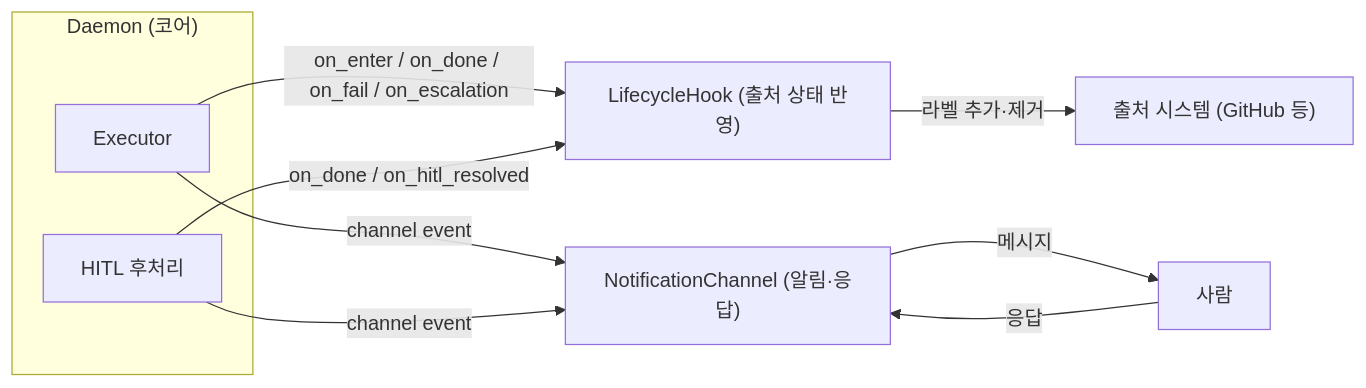
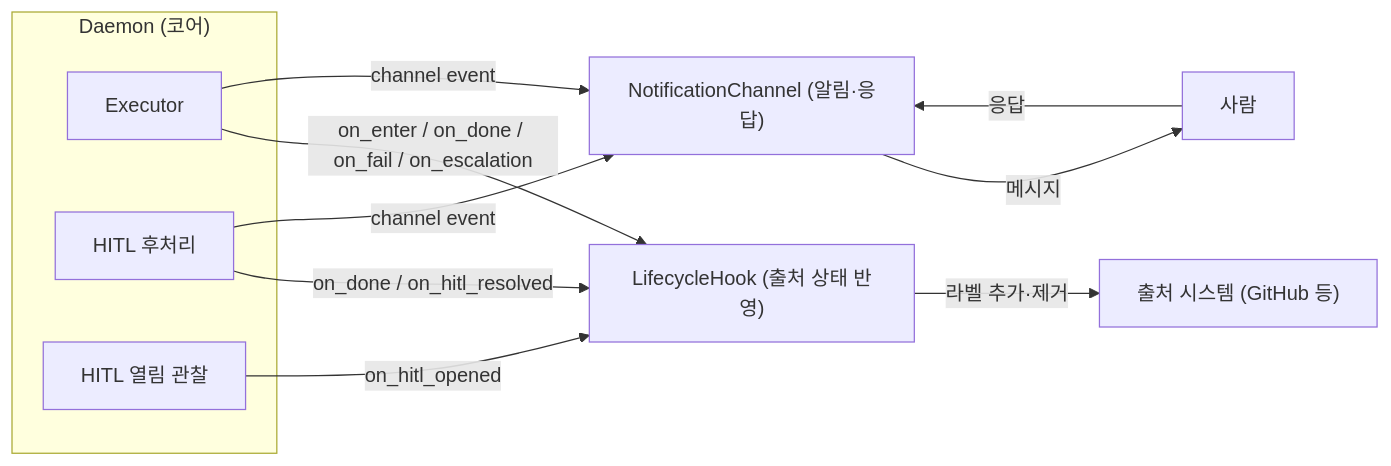
One commit to kys0213/belt changed the first of 7 diagrams in spec/concerns/lifecycle-hook.md. Above: the diagram before and after it, drawn with Mermaid. The commit also changed other lines of this file and 1 other file, not shown here.

First line of the commit message:
docs(spec): add on_hitl_opened and align hook and channel contracts

````diff
--- a/spec/concerns/lifecycle-hook.md
+++ b/spec/concerns/lifecycle-hook.md
@@ -39,19 +20,21 @@
 ```mermaid
 flowchart LR
     subgraph Core["Daemon (코어)"]
         EX[Executor]
         PP["HITL 후처리"]
+        OB["HITL 열림 관찰"]
     end
     HK["LifecycleHook (출처 상태 반영)"]
     CH["NotificationChannel (알림·응답)"]
     SRC["출처 시스템 (GitHub 등)"]
     HUMAN["사람"]
 
     EX -- "on_enter / on_done / on_fail / on_escalation" --> HK
+    OB -- "on_hitl_opened" --> HK
     PP -- "on_done / on_hitl_resolved" --> HK
     HK -- "라벨 추가·제거" --> SRC
     EX -- "channel event" --> CH
     PP -- "channel event" --> CH
     CH -- "메시지" --> HUMAN
     HUMAN -- "응답" --> CH
 ```
````
